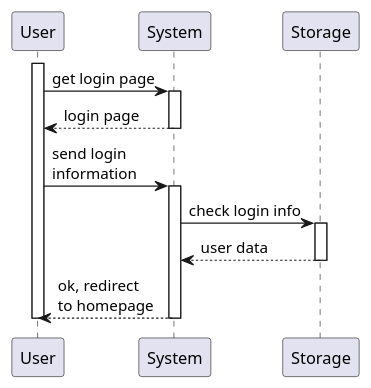
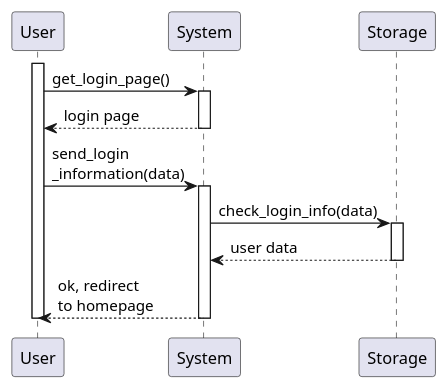
One commit to GiorgioUghini/SafeStreets changed the second of 3 diagrams in RASD/materials/uml/useCases/signUp&login.wsd. Above: the diagram before and after it, drawn with PlantUML. The commit also changed other lines of this file and 4 other files, not shown here.

```diff
--- a/RASD/materials/uml/useCases/signUp&login.wsd
+++ b/RASD/materials/uml/useCases/signUp&login.wsd
@@ -20,16 +20,16 @@
 @startuml login
     autoactivate on
 
     participant User as U
     participant System as S
     participant Storage as ST
 
     activate U
-    U -> S: get login page
+    U -> S: get_login_page()
     return login page
-    U -> S: send login\ninformation
-    S -> ST: check login info
+    U -> S: send_login\n_information(data)
+    S -> ST: check_login_info(data)
     return user data
     return ok, redirect\nto homepage
     deactivate U
 @enduml
```
